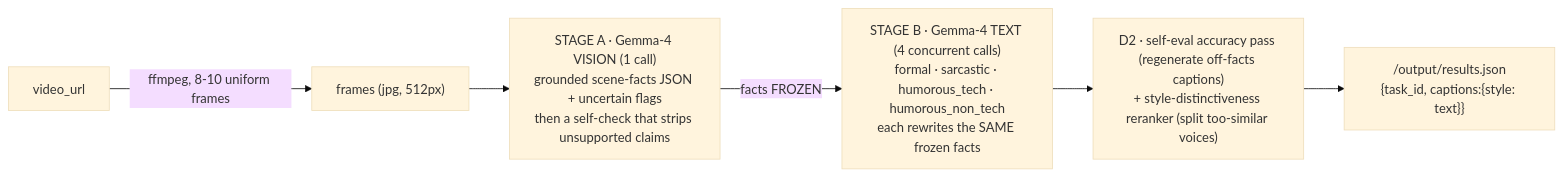
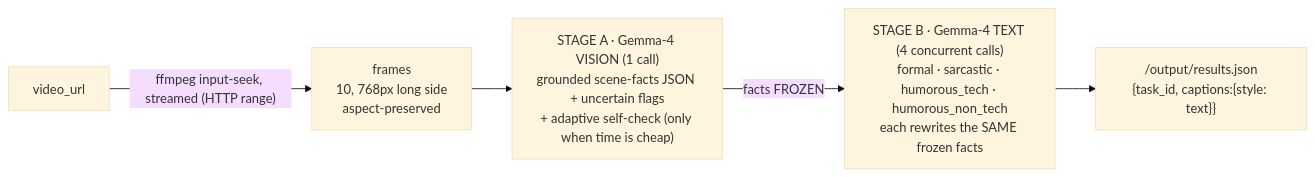
The diagram in README.md (Yashash4/gemma-video-captioner), drawn with Mermaid (base theme) before and after one commit. The commit also changed other lines of this file and 5 other files, not shown here.

````diff
--- a/README.md
+++ b/README.md
@@ -78,8 +84,7 @@
 ```mermaid
 flowchart LR
-  V["video_url"] -->|ffmpeg, 8-10 uniform frames| F["frames (jpg, 512px)"]
-  F --> A["STAGE A · Gemma-4 VISION (1 call)<br/>grounded scene-facts JSON + uncertain flags<br/>then a self-check that strips unsupported claims"]
+  V["video_url"] -->|"ffmpeg input-seek, streamed (HTTP range)"| F["frames<br/>10, 768px long side<br/>aspect-preserved"]
+  F --> A["STAGE A · Gemma-4 VISION (1 call)<br/>grounded scene-facts JSON + uncertain flags<br/>+ adaptive self-check (only when time is cheap)"]
   A -->|facts FROZEN| B["STAGE B · Gemma-4 TEXT (4 concurrent calls)<br/>formal · sarcastic · humorous_tech · humorous_non_tech<br/>each rewrites the SAME frozen facts"]
-  B --> D["D2 · self-eval accuracy pass (regenerate off-facts captions)<br/>+ style-distinctiveness reranker (split too-similar voices)"]
-  D --> O["/output/results.json<br/>{task_id, captions:{style: text}}"]
+  B --> O["/output/results.json<br/>{task_id, captions:{style: text}}"]
 ```
````
